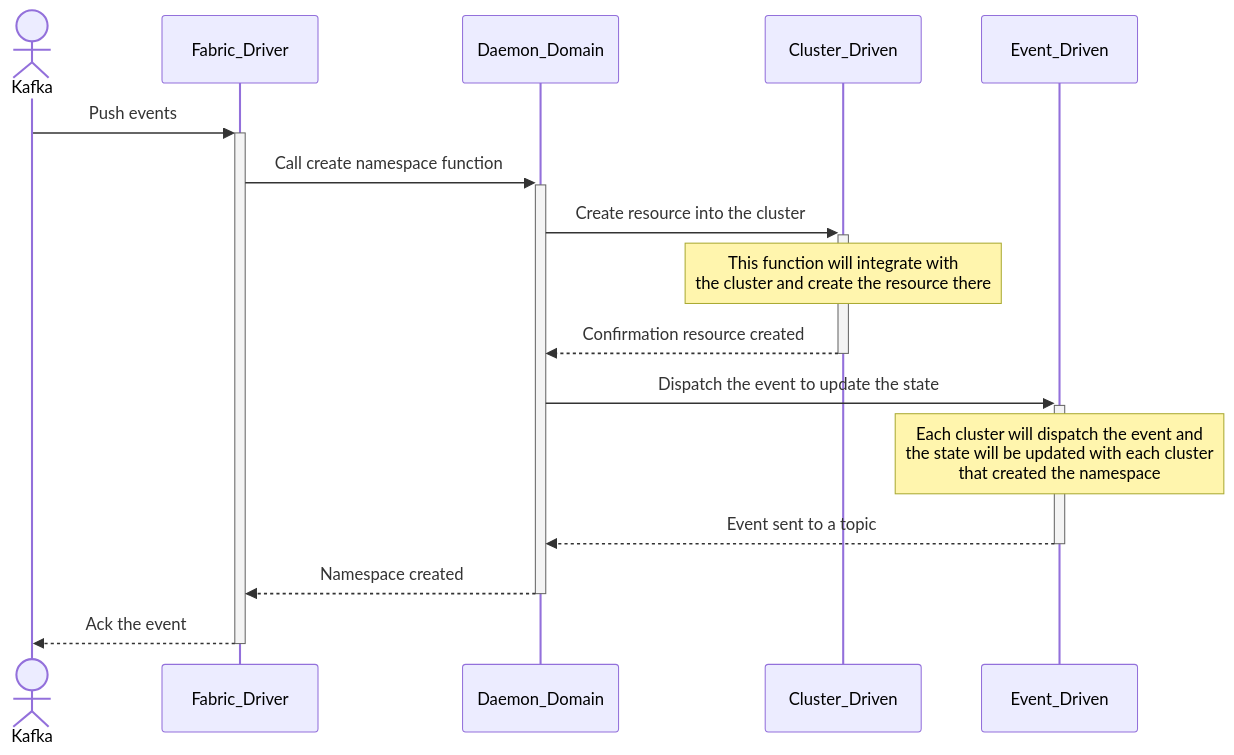
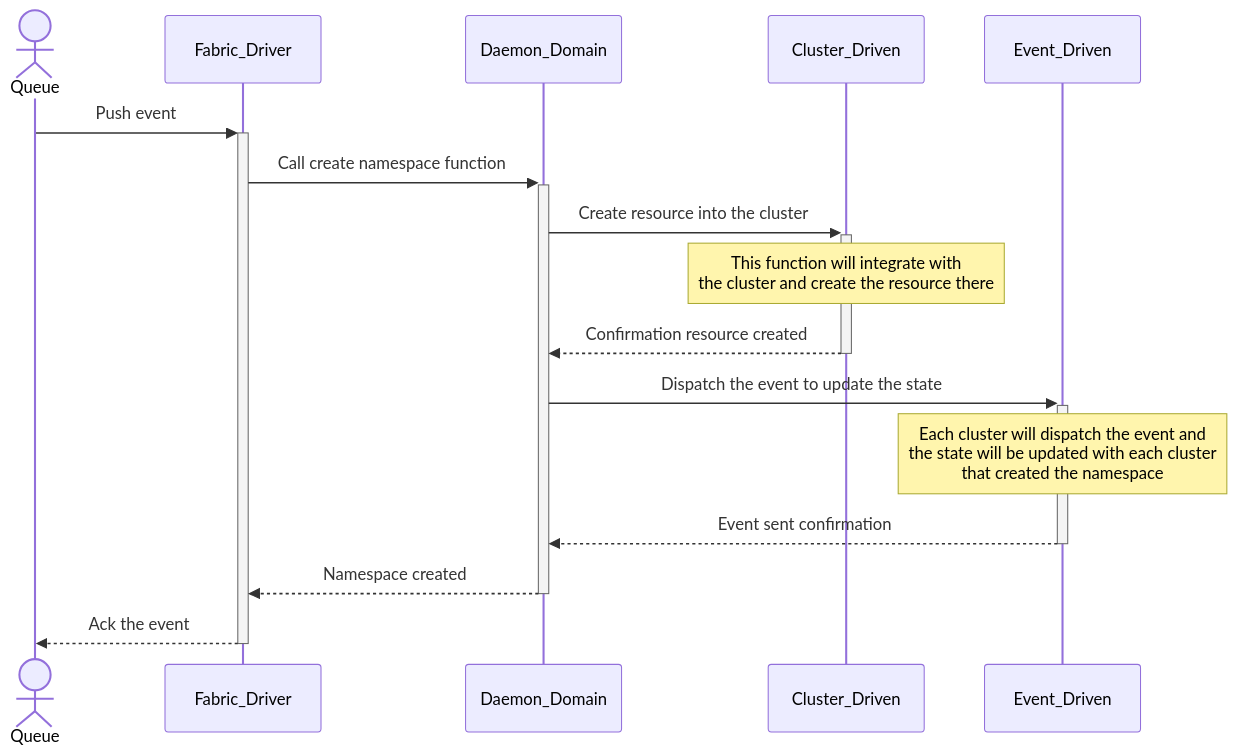
The third of 3 diagrams in diagrams/sequence.md (demeter-run/fabric), drawn with Mermaid before and after one commit. The commit also changed other lines of this file, not shown here.

Commit message:
chore(diagrams): removed creation project flow

````diff
--- a/diagrams/sequence.md
+++ b/diagrams/sequence.md
@@ -52,18 +52,18 @@
 ```mermaid
 sequenceDiagram
-    actor Kafka
+    actor Queue
 
-    Kafka->>+Fabric_Driver: Push events
+    Queue->>+Fabric_Driver: Push event
     Fabric_Driver->>+Daemon_Domain: Call create namespace function
 
     Daemon_Domain->>+Cluster_Driven: Create resource into the cluster
     Note over Cluster_Driven: This function will integrate with <br/> the cluster and create the resource there
     Cluster_Driven-->>-Daemon_Domain: Confirmation resource created
 
     Daemon_Domain->>+Event_Driven: Dispatch the event to update the state
     Note over Event_Driven: Each cluster will dispatch the event and <br/> the state will be updated with each cluster <br/> that created the namespace
-    Event_Driven-->>-Daemon_Domain: Event sent to a topic
+    Event_Driven-->>-Daemon_Domain: Event sent confirmation
 
     Daemon_Domain-->>-Fabric_Driver: Namespace created
-    Fabric_Driver-->>-Kafka: Ack the event
+    Fabric_Driver-->>-Queue: Ack the event
 ```
````
